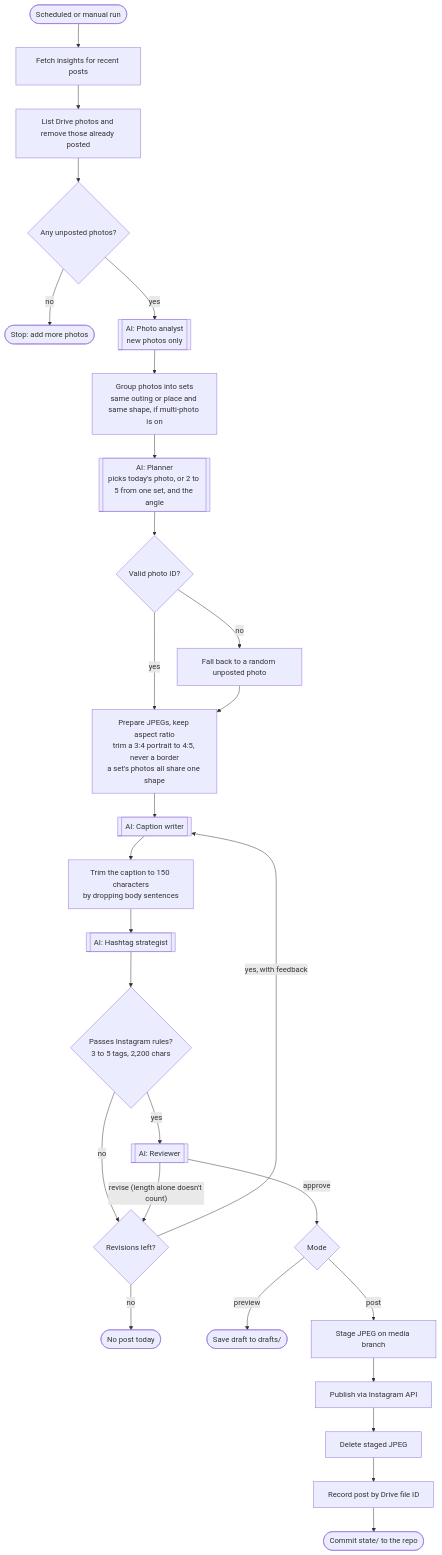
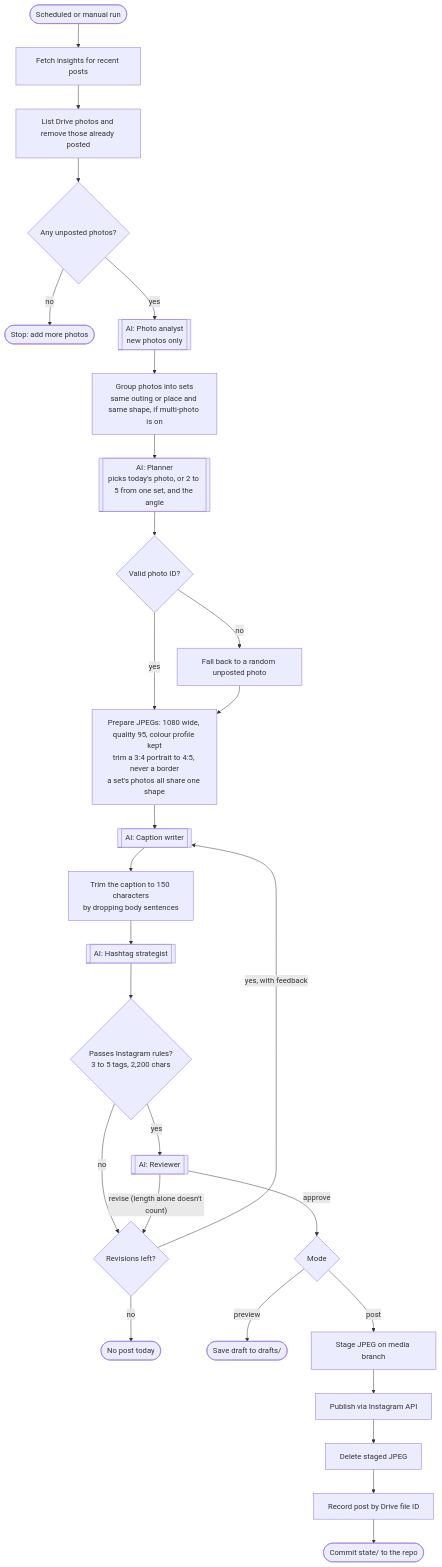
Before and after one commit to sritajkumarpatel/instaPostsForge: the second of 3 diagrams in docs/ARCHITECTURE.md, drawn with Mermaid. The commit also changed 3 other files, not shown here.

````diff
--- a/docs/ARCHITECTURE.md
+++ b/docs/ARCHITECTURE.md
@@ -30,30 +30,30 @@
 ```mermaid
 flowchart TD
     Start([Scheduled or manual run]) --> Insights[Fetch insights for recent posts]
     Insights --> List[List Drive photos and remove those already posted]
     List --> Empty{Any unposted photos?}
     Empty -- no --> Stop([Stop: add more photos])
     Empty -- yes --> Analyst[["AI: Photo analyst<br/>new photos only"]]
     Analyst --> Sets[Group photos into sets<br/>same outing or place and same shape, if multi-photo is on]
     Sets --> Planner[["AI: Planner<br/>picks today's photo, or 2 to 5 from one set, and the angle"]]
     Planner --> ValidPick{Valid photo ID?}
     ValidPick -- no --> Random[Fall back to a random unposted photo]
     ValidPick -- yes --> Prepare
-    Random --> Prepare[Prepare JPEGs, keep aspect ratio<br/>trim a 3:4 portrait to 4:5, never a border<br/>a set's photos all share one shape]
+    Random --> Prepare[Prepare JPEGs: 1080 wide, quality 95, colour profile kept<br/>trim a 3:4 portrait to 4:5, never a border<br/>a set's photos all share one shape]
     Prepare --> Writer[["AI: Caption writer"]]
     Writer --> Trim[Trim the caption to 150 characters<br/>by dropping body sentences]
     Trim --> Tags[["AI: Hashtag strategist"]]
     Tags --> Rules{"Passes Instagram rules?<br/>3 to 5 tags, 2,200 chars"}
     Rules -- no --> Retry{Revisions left?}
     Rules -- yes --> Reviewer[["AI: Reviewer"]]
     Reviewer -- "revise (length alone doesn't count)" --> Retry
     Retry -- yes, with feedback --> Writer
     Retry -- no --> Skip([No post today])
     Reviewer -- approve --> Mode{Mode}
     Mode -- preview --> Draft([Save draft to drafts/])
     Mode -- post --> Stage[Stage JPEG on media branch]
     Stage --> Publish[Publish via Instagram API]
     Publish --> Cleanup[Delete staged JPEG]
     Cleanup --> Record[Record post by Drive file ID]
     Record --> Commit([Commit state/ to the repo])
 ```
````
